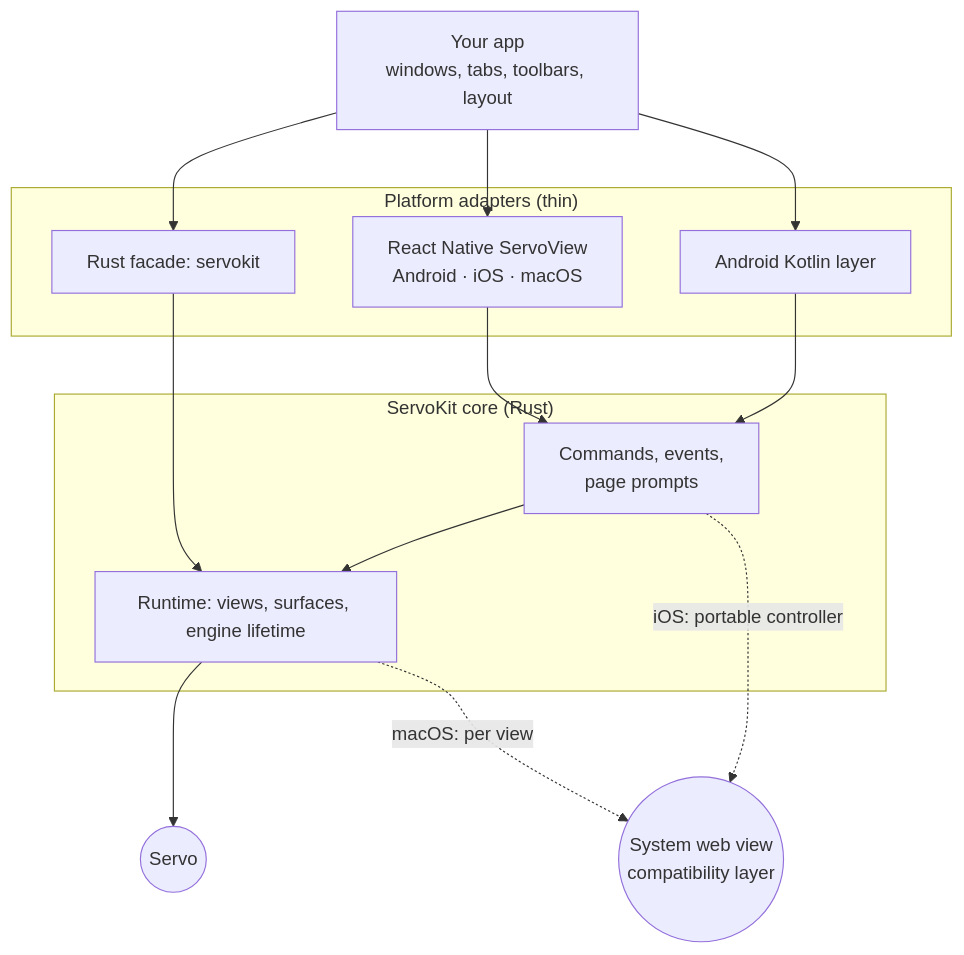
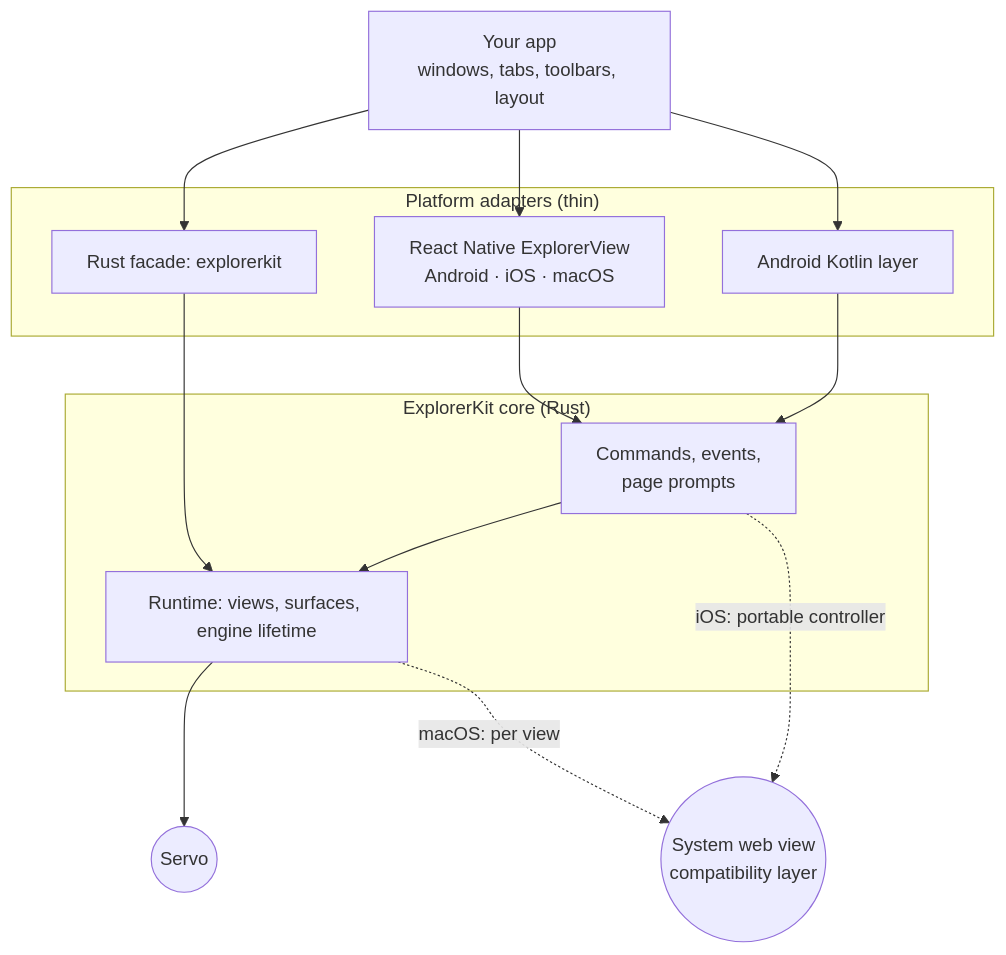
Before and after one commit to KeplerBrowser/ServoKit: the diagram in ARCHITECTURE.md, drawn with Mermaid. The commit also changed other lines of this file and 397 other files, not shown here.

First line of the commit message:
refactor!: rename ServoKit to ExplorerKit

````diff
--- a/ARCHITECTURE.md
+++ b/ARCHITECTURE.md
@@ -13,26 +13,26 @@
 ```mermaid
 flowchart TD
   app["Your app<br/>windows, tabs, toolbars, layout"]
   subgraph adapters["Platform adapters (thin)"]
-    rn["React Native ServoView<br/>Android · iOS · macOS"]
+    rn["React Native ExplorerView<br/>Android · iOS · macOS"]
     kotlin["Android Kotlin layer"]
-    rust["Rust facade: servokit"]
+    rust["Rust facade: explorerkit"]
   end
-  subgraph core["ServoKit core (Rust)"]
+  subgraph core["ExplorerKit core (Rust)"]
     controller["Commands, events,<br/>page prompts"]
     runtime["Runtime: views, surfaces, engine lifetime"]
   end
   servo(("Servo"))
   webkit(("System web view<br/>compatibility layer"))
 
   app --> rn
   app --> kotlin
   app --> rust
   rn --> controller
   kotlin --> controller
   rust --> runtime
   controller --> runtime
   runtime --> servo
   runtime -. "macOS: per view" .-> webkit
   controller -. "iOS: portable controller" .-> webkit
 ```
````
